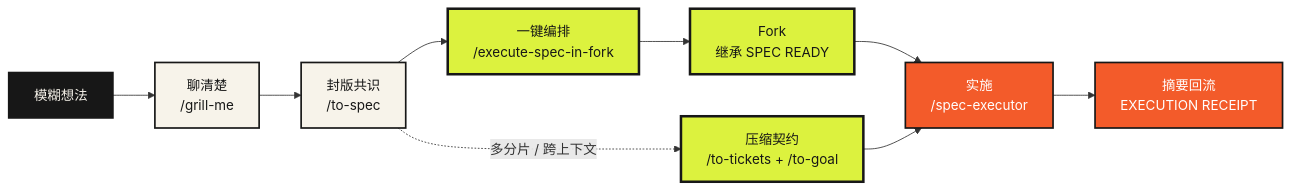
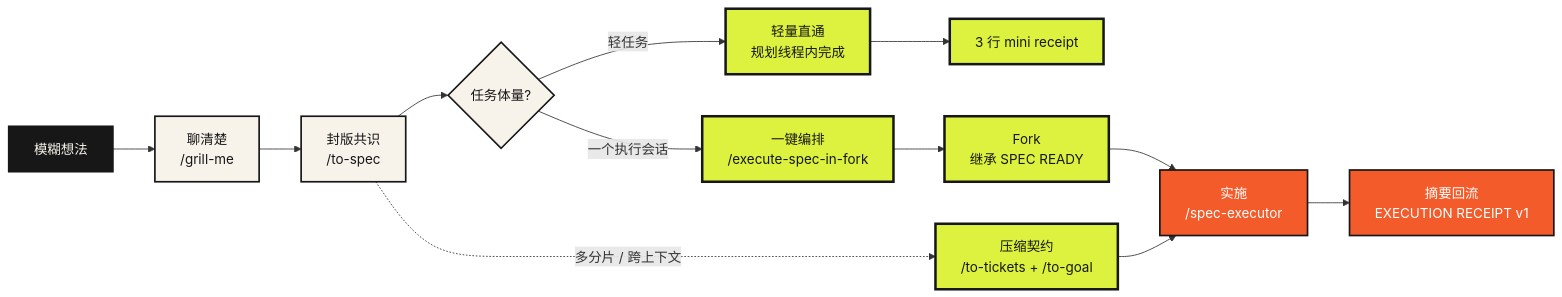
One commit to opsbli/sam-skills changed the diagram in README.md. Above: the diagram before and after it, drawn with Mermaid. The commit also changed other lines of this file, not shown here.

````diff
--- a/README.md
+++ b/README.md
@@ -40,21 +40,24 @@
 ```mermaid
 flowchart LR
     idea["模糊想法"] --> grill["聊清楚<br/>/grill-me"]
     grill --> spec["封版共识<br/>/to-spec"]
-    spec --> orchestrate["一键编排<br/>/execute-spec-in-fork"]
+    spec --> route{"任务体量?"}
+    route -- "轻任务" --> express["轻量直通<br/>规划线程内完成"]
+    express --> mini["3 行 mini receipt"]
+    route -- "一个执行会话" --> orchestrate["一键编排<br/>/execute-spec-in-fork"]
     orchestrate --> fork["Fork<br/>继承 SPEC READY"]
     fork --> execute["实施<br/>/spec-executor"]
-    execute --> receipt["摘要回流<br/>EXECUTION RECEIPT"]
+    execute --> receipt["摘要回流<br/>EXECUTION RECEIPT v1"]
     spec -. "多分片 / 跨上下文" .-> goal["压缩契约<br/>/to-tickets + /to-goal"]
     goal --> execute
 
     classDef source fill:#171717,color:#F7F3EA,stroke:#171717,stroke-width:2px;
     classDef plan fill:#F7F3EA,color:#171717,stroke:#171717,stroke-width:2px;
     classDef contract fill:#DCF23E,color:#171717,stroke:#171717,stroke-width:3px;
     classDef action fill:#F35B2A,color:#FFFFFF,stroke:#171717,stroke-width:2px;
 
     class idea source;
-    class grill,spec plan;
-    class orchestrate,fork,goal contract;
+    class grill,spec,route plan;
+    class orchestrate,fork,goal,express,mini contract;
     class execute,receipt action;
 ```
````
